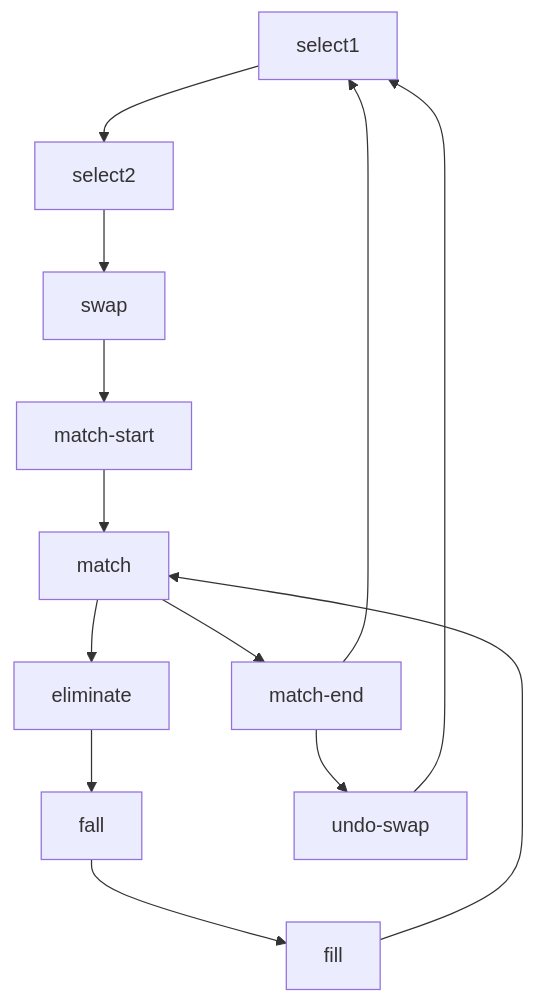
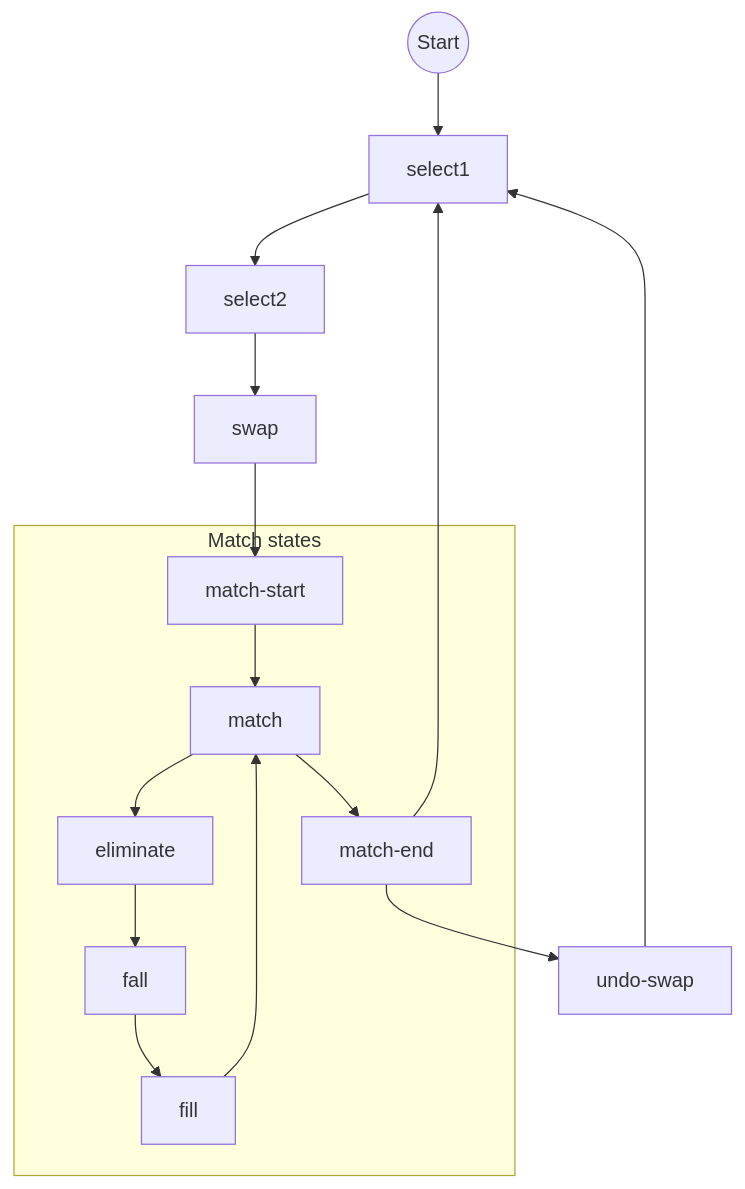
One commit to rexrainbow/phaser3-rex-notes changed the diagram in docs/docs/board-bejeweled.md. Above: the diagram before and after it, drawn with Mermaid. The commit also changed 32 other files, not shown here.

````diff
--- a/docs/docs/board-bejeweled.md
+++ b/docs/docs/board-bejeweled.md
@@ -187,17 +187,21 @@
 ```mermaid
 graph TD
 
-Select1[select1] --> select2[select2]
+Start((Start)) --> Select1[select1]
+Select1 --> select2[select2]
 select2 --> Swap[swap]
 Swap --> MatchStart[match-start]
-MatchStart --> Match[match]
-Match --> Eliminate[eliminate]
-Match --> MatchEnd[match-end]
-Eliminate --> Fall[fall]
-Fall --> Fill[fill]
-Fill --> Match
+
+subgraph Match states
+  MatchStart --> Match[match]
+  Match --> Eliminate[eliminate]
+  Match --> MatchEnd[match-end]
+  Eliminate --> Fall[fall]
+  Fall --> Fill[fill]
+  Fill --> Match
+end
 
 MatchEnd --> UndoSwap[undo-swap]
 UndoSwap --> Select1
 MatchEnd --> Select1
 ```
````
